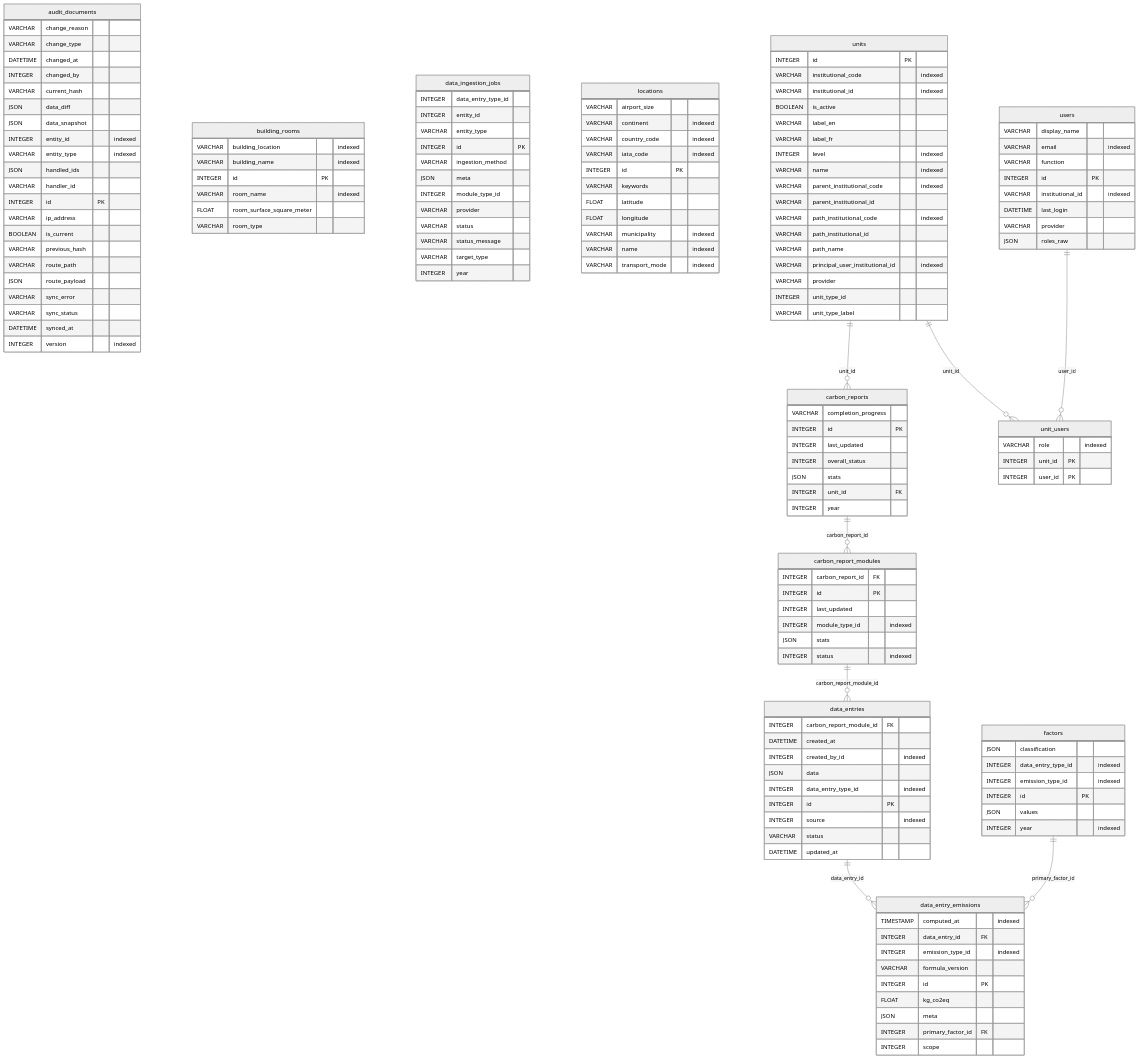
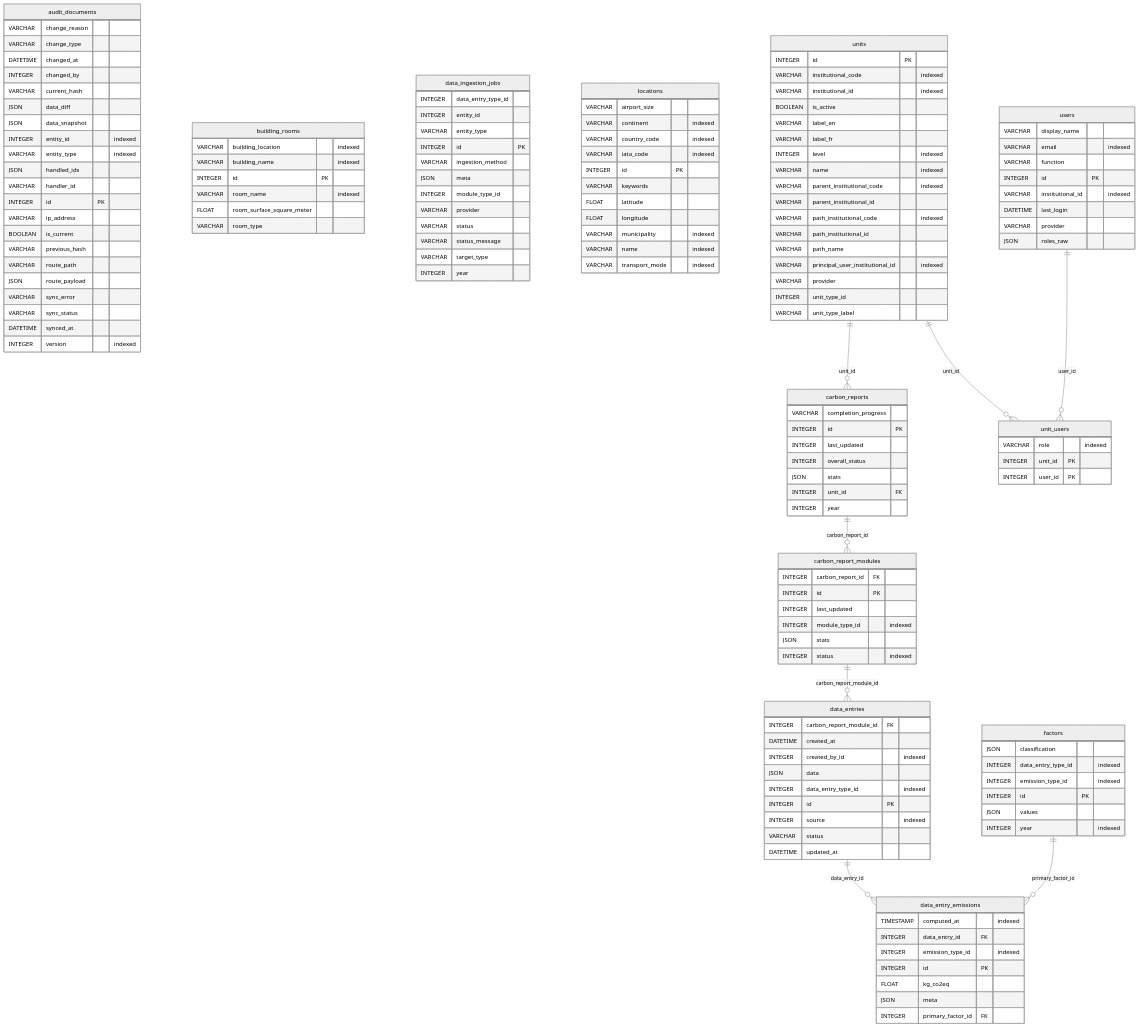
One commit to EPFL-ENAC/co2-calculator changed the diagram in docs/src/database/erd.md. Above: the diagram before and after it, drawn with Mermaid (neutral theme). The commit also changed 9 other files, not shown here.

```diff
--- a/docs/src/database/erd.md
+++ b/docs/src/database/erd.md
@@ -65,12 +65,10 @@
     TIMESTAMP computed_at "indexed"
     INTEGER data_entry_id FK
     INTEGER emission_type_id "indexed"
-    VARCHAR formula_version
     INTEGER id PK
     FLOAT kg_co2eq
     JSON meta
     INTEGER primary_factor_id FK
-    INTEGER scope
   }
   data_ingestion_jobs {
     INTEGER data_entry_type_id
```
